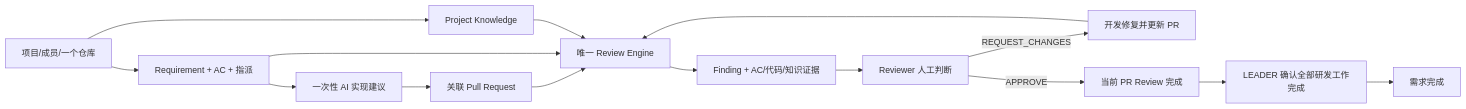
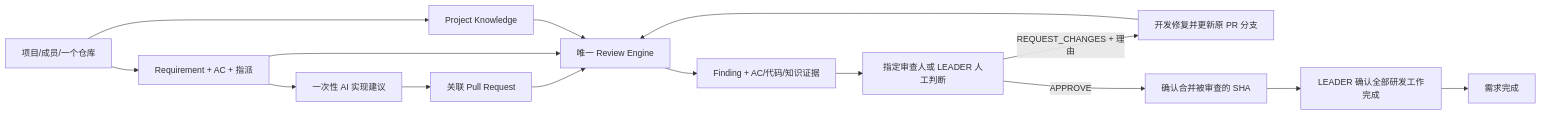
One commit to LinYsssss/ForgePilot changed the diagram in docs/v2/PRD.md. Above: the diagram before and after it, drawn with Mermaid. The commit also changed other lines of this file and 81 other files, not shown here.

````diff
--- a/docs/v2/PRD.md
+++ b/docs/v2/PRD.md
@@ -23,17 +23,17 @@
 ```mermaid
 flowchart LR
     PM["项目/成员/一个仓库"] --> REQ["Requirement + AC + 指派"]
     PM --> KB["Project Knowledge"]
     REQ --> GUIDE["一次性 AI 实现建议"]
     GUIDE --> PR["关联 Pull Request"]
     PR --> REV["唯一 Review Engine"]
     REQ --> REV
     KB --> REV
     REV --> FIND["Finding + AC/代码/知识证据"]
-    FIND --> HUMAN["Reviewer 人工判断"]
-    HUMAN -->|REQUEST_CHANGES| FIX["开发修复并更新 PR"]
+    FIND --> HUMAN["指定审查人或 LEADER 人工判断"]
+    HUMAN -->|REQUEST_CHANGES + 理由| FIX["开发修复并更新原 PR 分支"]
     FIX --> REV
-    HUMAN -->|APPROVE| REVIEW_DONE["当前 PR Review 完成"]
+    HUMAN -->|APPROVE| REVIEW_DONE["确认合并被审查的 SHA"]
     REVIEW_DONE --> LEADER["LEADER 确认全部研发工作完成"]
     LEADER --> DONE["需求完成"]
 ```
````
